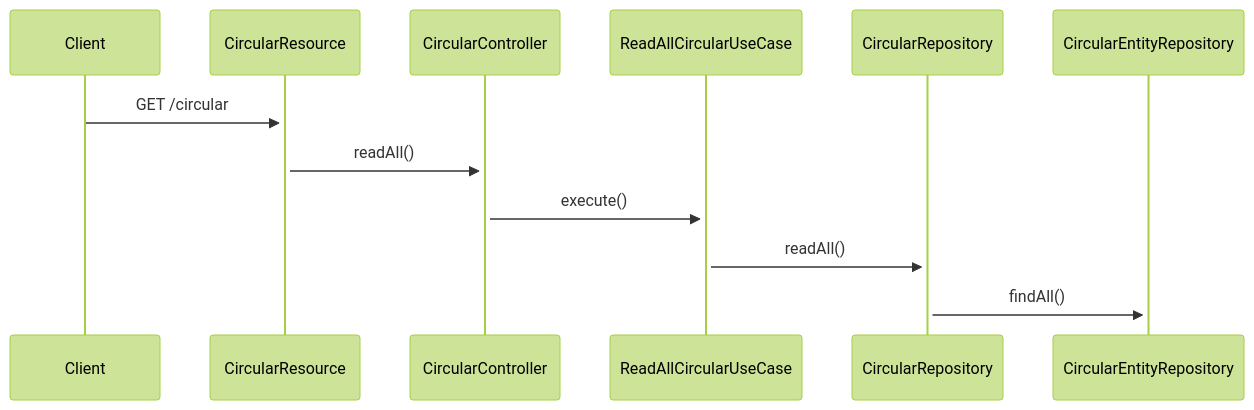
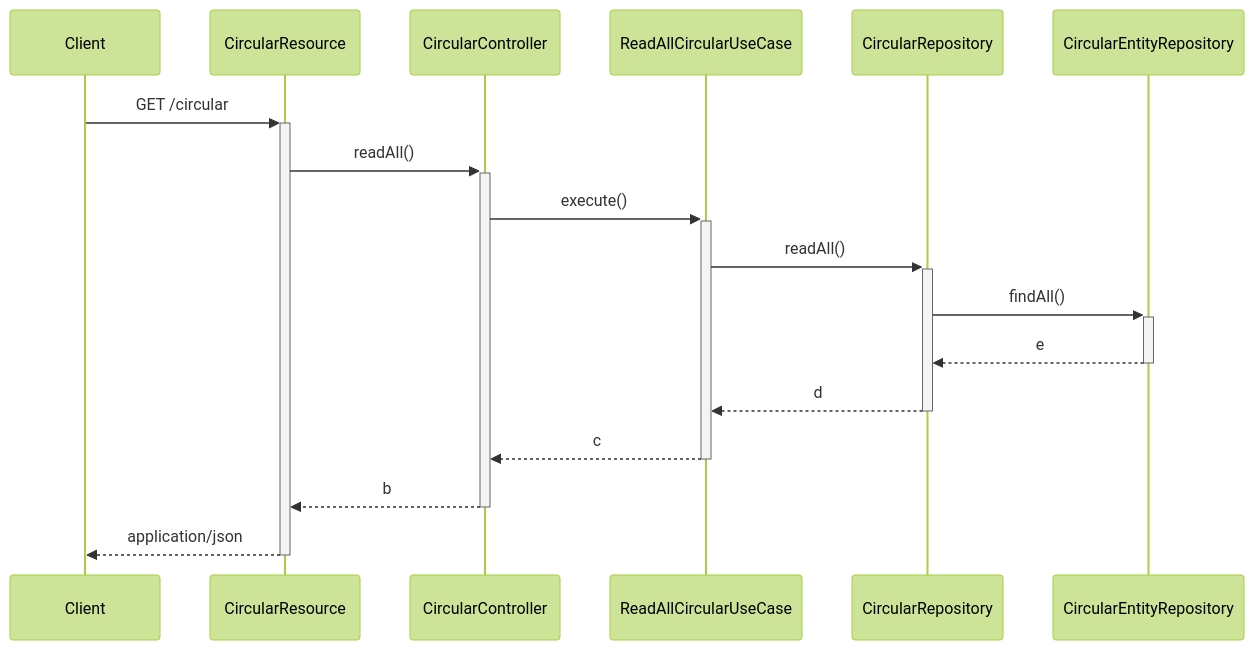
One commit to flatlining/clean-architecture-java-example changed the diagram in docs/sequence.md. Above: the diagram before and after it, drawn with Mermaid (forest theme).

Commit message:
full sequence diagram

````diff
--- a/docs/sequence.md
+++ b/docs/sequence.md
@@ -1,8 +1,13 @@
 ```mermaid
 sequenceDiagram
   Client->>+CircularResource: GET /circular
   CircularResource->>+CircularController: readAll()
   CircularController->>+ReadAllCircularUseCase: execute()
   ReadAllCircularUseCase->>+CircularRepository: readAll()
   CircularRepository->>+CircularEntityRepository: findAll()
+  CircularEntityRepository-->>-CircularRepository: e
+  CircularRepository-->>-ReadAllCircularUseCase: d
+  ReadAllCircularUseCase-->>-CircularController: c
+  CircularController-->>-CircularResource: b
+  CircularResource-->>-Client: application/json
 ```
````
